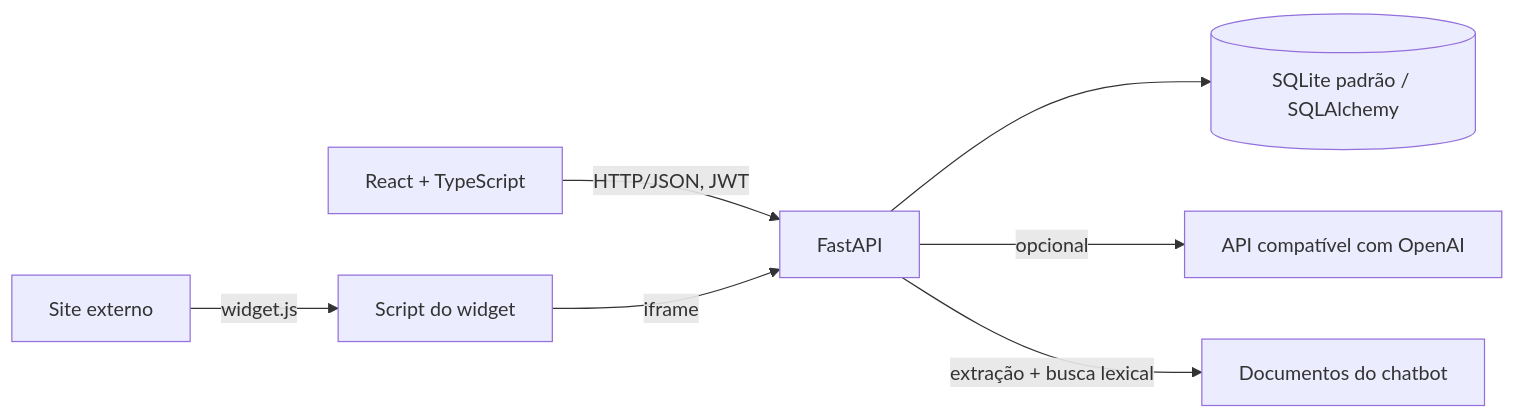
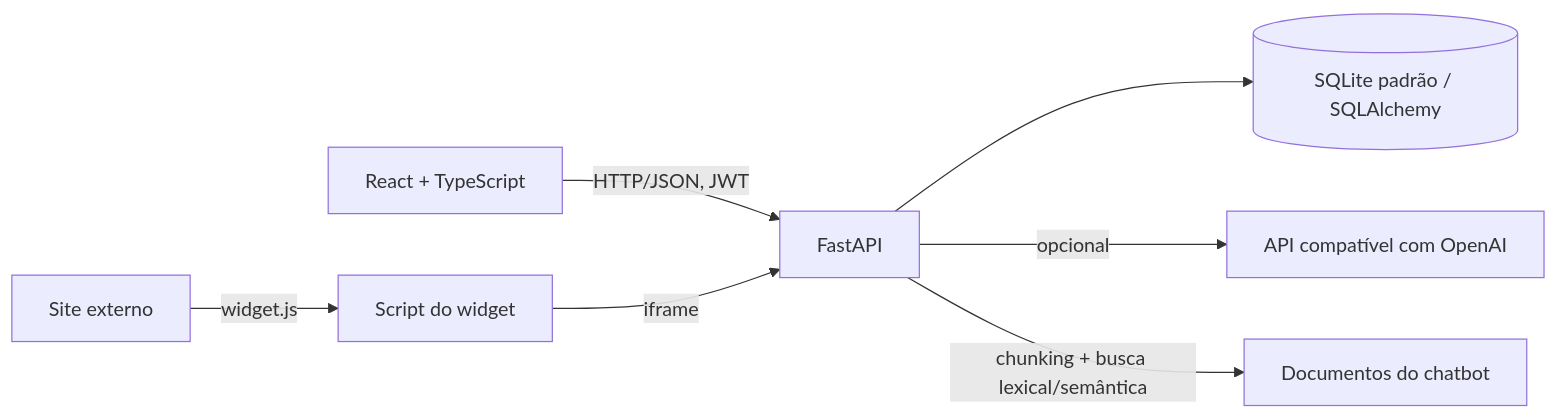
One commit to victor-dar/flowforge changed the diagram in docs/ARQUITETURA.md. Above: the diagram before and after it, drawn with Mermaid. The commit also changed other lines of this file and 16 other files, not shown here.

````diff
--- a/docs/ARQUITETURA.md
+++ b/docs/ARQUITETURA.md
@@ -7,9 +7,9 @@
 ```mermaid
 flowchart LR
   Browser[React + TypeScript] -->|HTTP/JSON, JWT| API[FastAPI]
   Site[Site externo] -->|widget.js| Widget[Script do widget]
   Widget -->|iframe| API
   API --> DB[(SQLite padrão / SQLAlchemy)]
   API -->|opcional| LLM[API compatível com OpenAI]
-  API -->|extração + busca lexical| Docs[Documentos do chatbot]
+  API -->|chunking + busca lexical/semântica| Docs[Documentos do chatbot]
 ```
````
